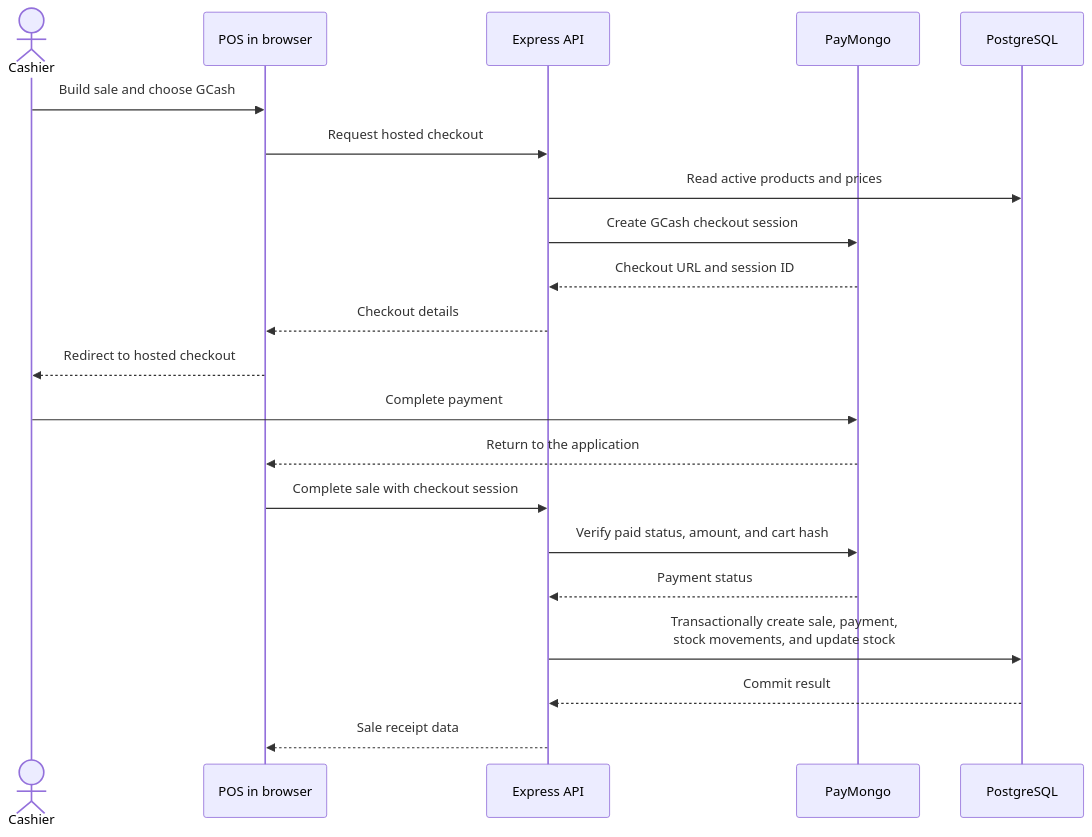
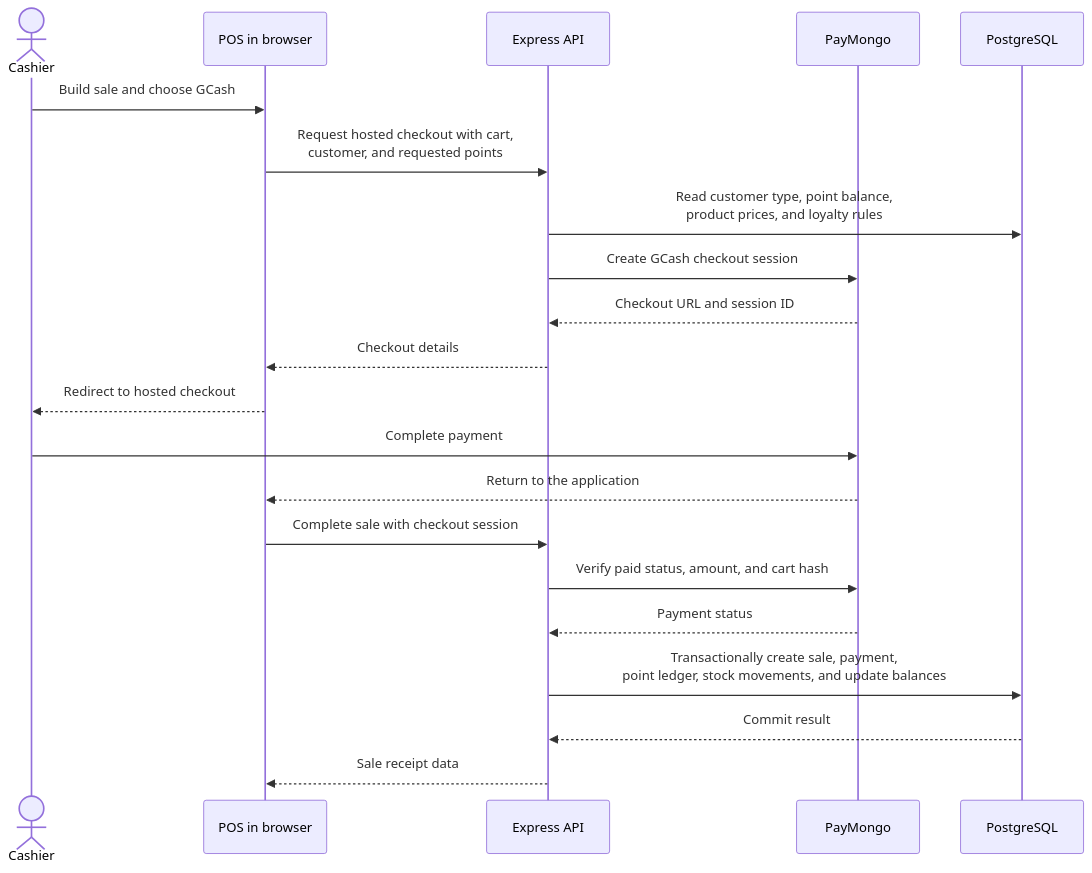
Before and after one commit to ryseianpinceberalde-arch/inventory: the third of 3 diagrams in SYSTEM_ARCHITECTURE.md, drawn with Mermaid. The commit also changed other lines of this file and 34 other files, not shown here.

````diff
--- a/SYSTEM_ARCHITECTURE.md
+++ b/SYSTEM_ARCHITECTURE.md
@@ -99,24 +99,24 @@
 ```mermaid
 sequenceDiagram
     actor Cashier
     participant UI as POS in browser
     participant API as Express API
     participant Pay as PayMongo
     participant DB as PostgreSQL
 
     Cashier->>UI: Build sale and choose GCash
-    UI->>API: Request hosted checkout
-    API->>DB: Read active products and prices
+    UI->>API: Request hosted checkout with cart,<br/>customer, and requested points
+    API->>DB: Read customer type, point balance,<br/>product prices, and loyalty rules
     API->>Pay: Create GCash checkout session
     Pay-->>API: Checkout URL and session ID
     API-->>UI: Checkout details
     UI-->>Cashier: Redirect to hosted checkout
     Cashier->>Pay: Complete payment
     Pay-->>UI: Return to the application
     UI->>API: Complete sale with checkout session
     API->>Pay: Verify paid status, amount, and cart hash
     Pay-->>API: Payment status
-    API->>DB: Transactionally create sale, payment,<br/>stock movements, and update stock
+    API->>DB: Transactionally create sale, payment,<br/>point ledger, stock movements, and update balances
     DB-->>API: Commit result
     API-->>UI: Sale receipt data
 ```
````
